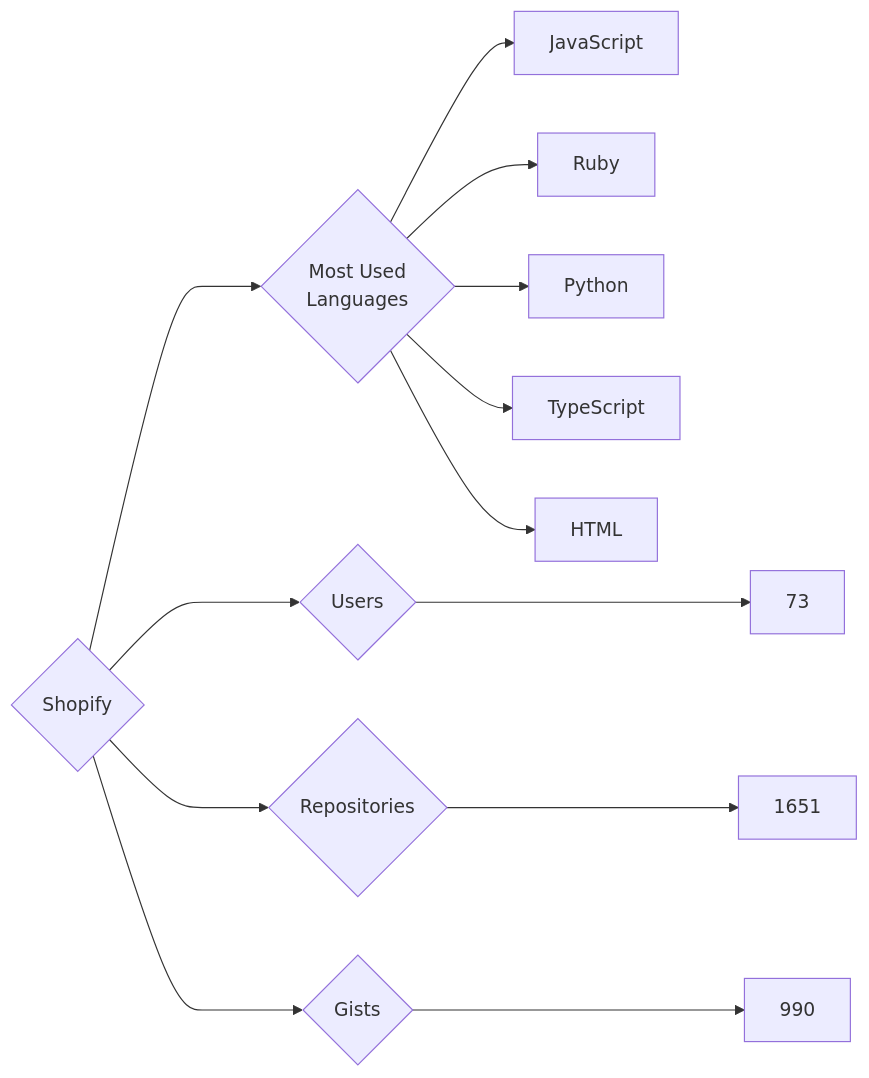
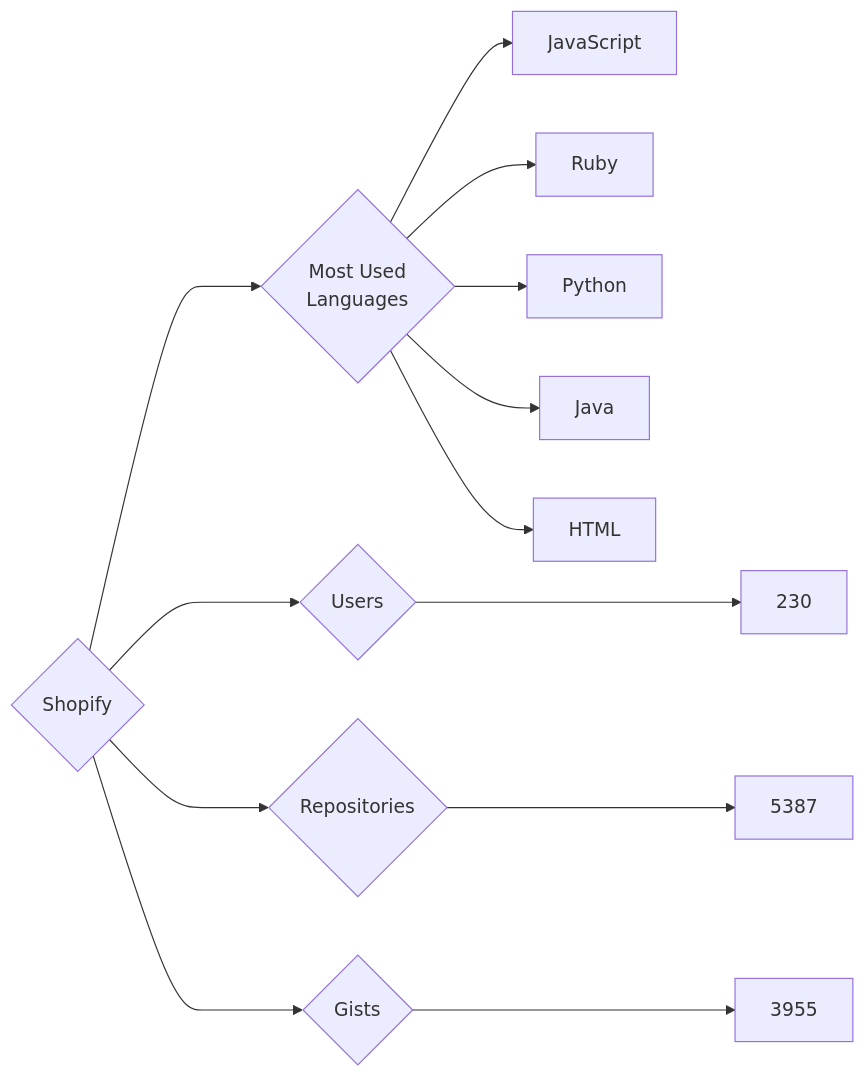
One commit to trickest/insiders changed the diagram in targets/Shopify/README.md. Above: the diagram before and after it, drawn with Mermaid. The commit also changed 728 other files, not shown here.

````diff
--- a/targets/Shopify/README.md
+++ b/targets/Shopify/README.md
@@ -3,13 +3,13 @@
 ```mermaid
 graph LR
 COMPANY_NAME{Shopify}
-COMPANY_NAME ---> U{Users} ---> UN[73]
-COMPANY_NAME ---> R{Repositories} ---> RN[1651]
-COMPANY_NAME ---> G{Gists} ---> GN[990]
+COMPANY_NAME ---> U{Users} ---> UN[230]
+COMPANY_NAME ---> R{Repositories} ---> RN[5387]
+COMPANY_NAME ---> G{Gists} ---> GN[3955]
 COMPANY_NAME ---> ML{Most Used<br>Languages}
 ML --> JavaScript[JavaScript]
 ML --> Ruby[Ruby]
 ML --> Python[Python]
-ML --> TypeScript[TypeScript]
+ML --> Java[Java]
 ML --> HTML[HTML]
 ```
````
